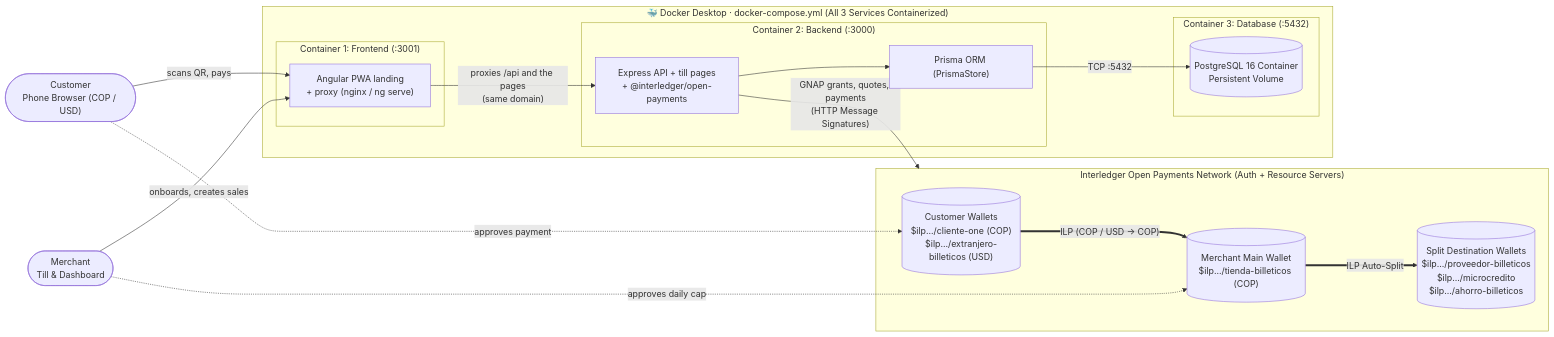
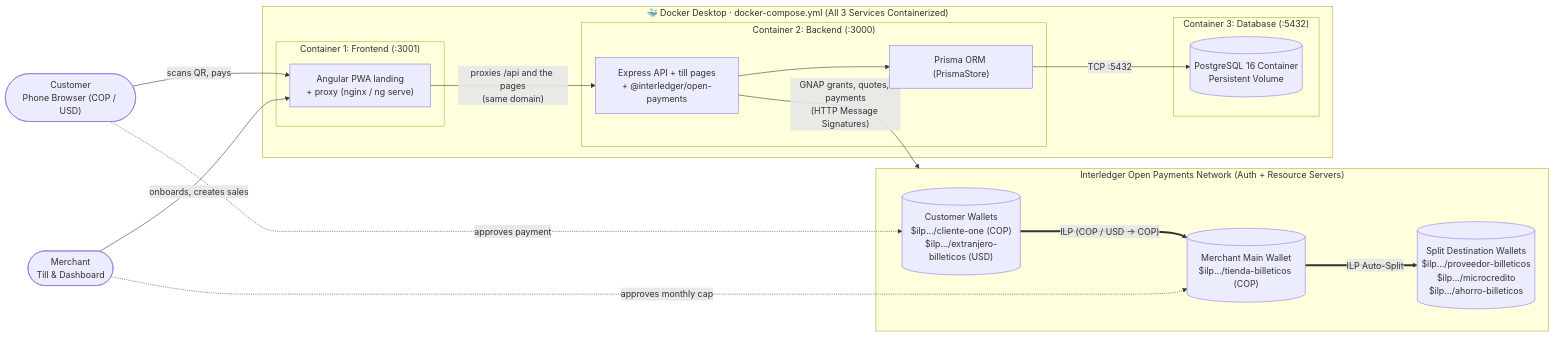
Before and after one commit to JuanMCanchala/interledger_hackathon: the first of 6 diagrams in docs/SYSTEM_DESIGN.md, drawn with Mermaid. The commit also changed other lines of this file and 5 other files, not shown here.

````diff
--- a/docs/SYSTEM_DESIGN.md
+++ b/docs/SYSTEM_DESIGN.md
@@ -41,35 +41,35 @@
 ```mermaid
 flowchart LR
   customer(["Customer<br/>Phone Browser (COP / USD)"])
   merchant(["Merchant<br/>Till & Dashboard"])
 
   subgraph MiPlante["🐳 Docker Desktop · docker-compose.yml (All 3 Services Containerized)"]
     subgraph Front["Container 1: Frontend (:3001)"]
       frontend["Angular PWA landing<br/>+ proxy (nginx / ng serve)"]
     end
     subgraph Back["Container 2: Backend (:3000)"]
       backend["Express API + till pages<br/>+ @interledger/open-payments"]
       prisma["Prisma ORM (PrismaStore)"]
     end
     subgraph DockerDB["Container 3: Database (:5432)"]
       db[("PostgreSQL 16 Container<br/>Persistent Volume")]
     end
     frontend -- "proxies /api and the pages<br/>(same domain)" --> backend
     backend --> prisma
     prisma -- "TCP :5432" --> db
   end
 
   subgraph Wallets["Interledger Open Payments Network (Auth + Resource Servers)"]
     cw[("Customer Wallets<br/>$ilp.../cliente-one (COP)<br/>$ilp.../extranjero-billeticos (USD)")]
     mw[("Merchant Main Wallet<br/>$ilp.../tienda-billeticos (COP)")]
     dw[("Split Destination Wallets<br/>$ilp.../proveedor-billeticos<br/>$ilp.../microcredito<br/>$ilp.../ahorro-billeticos")]
   end
 
   customer -- "scans QR, pays" --> frontend
   merchant -- "onboards, creates sales" --> frontend
   backend -- "GNAP grants, quotes, payments<br/>(HTTP Message Signatures)" --> Wallets
   customer -. "approves payment" .-> cw
-  merchant -. "approves daily cap" .-> mw
+  merchant -. "approves monthly cap" .-> mw
   cw == "ILP (COP / USD → COP)" ==> mw
   mw == "ILP Auto-Split" ==> dw
 ```
````
